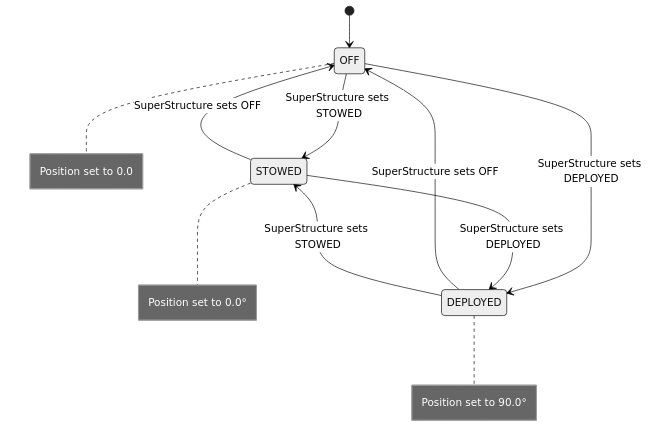
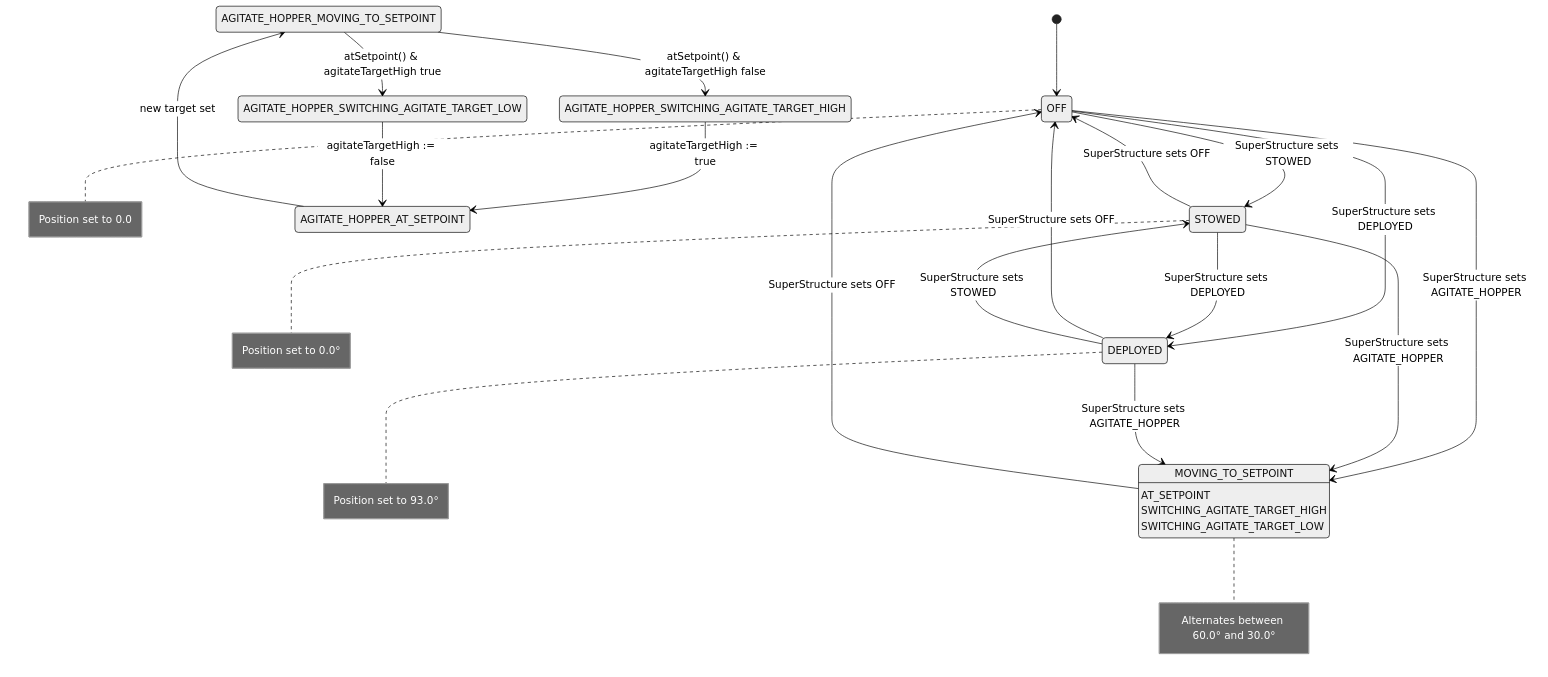
One commit to FRCTeam360/RainMaker26 changed the diagram in docs/states/IntakePivotStateMachine.mmd. Above: the diagram before and after it, drawn with Mermaid (neutral theme).

```diff
--- a/docs/states/IntakePivotStateMachine.mmd
+++ b/docs/states/IntakePivotStateMachine.mmd
@@ -1,17 +1,35 @@
 %% IntakePivot State Machine
-%% Reflects actual code in IntakePivot.java
+%% Reflects actual code in IntakePivot.java (2026-02-27)
 stateDiagram-v2
     [*] --> OFF
 
     OFF --> STOWED : SuperStructure sets STOWED
     STOWED --> OFF : SuperStructure sets OFF
 
     OFF --> DEPLOYED : SuperStructure sets DEPLOYED
     DEPLOYED --> OFF : SuperStructure sets OFF
 
     STOWED --> DEPLOYED : SuperStructure sets DEPLOYED
     DEPLOYED --> STOWED : SuperStructure sets STOWED
 
+    OFF --> AGITATE_HOPPER : SuperStructure sets AGITATE_HOPPER
+    STOWED --> AGITATE_HOPPER : SuperStructure sets AGITATE_HOPPER
+    DEPLOYED --> AGITATE_HOPPER : SuperStructure sets AGITATE_HOPPER
+    AGITATE_HOPPER --> OFF : SuperStructure sets OFF
+
+    AGITATE_HOPPER : MOVING_TO_SETPOINT
+    AGITATE_HOPPER : AT_SETPOINT
+    AGITATE_HOPPER : SWITCHING_AGITATE_TARGET_HIGH
+    AGITATE_HOPPER : SWITCHING_AGITATE_TARGET_LOW
+
+    %% Agitation sub-state transitions
+    AGITATE_HOPPER_MOVING_TO_SETPOINT --> AGITATE_HOPPER_SWITCHING_AGITATE_TARGET_HIGH : atSetpoint() & agitateTargetHigh false
+    AGITATE_HOPPER_MOVING_TO_SETPOINT --> AGITATE_HOPPER_SWITCHING_AGITATE_TARGET_LOW : atSetpoint() & agitateTargetHigh true
+    AGITATE_HOPPER_SWITCHING_AGITATE_TARGET_HIGH --> AGITATE_HOPPER_AT_SETPOINT : agitateTargetHigh := true
+    AGITATE_HOPPER_SWITCHING_AGITATE_TARGET_LOW --> AGITATE_HOPPER_AT_SETPOINT : agitateTargetHigh := false
+    AGITATE_HOPPER_AT_SETPOINT --> AGITATE_HOPPER_MOVING_TO_SETPOINT : new target set
+
     note right of OFF : Position set to 0.0
     note right of STOWED : Position set to 0.0°
-    note right of DEPLOYED : Position set to 90.0°
+    note right of DEPLOYED : Position set to 93.0°
+    note right of AGITATE_HOPPER : Alternates between 60.0° and 30.0°
```
